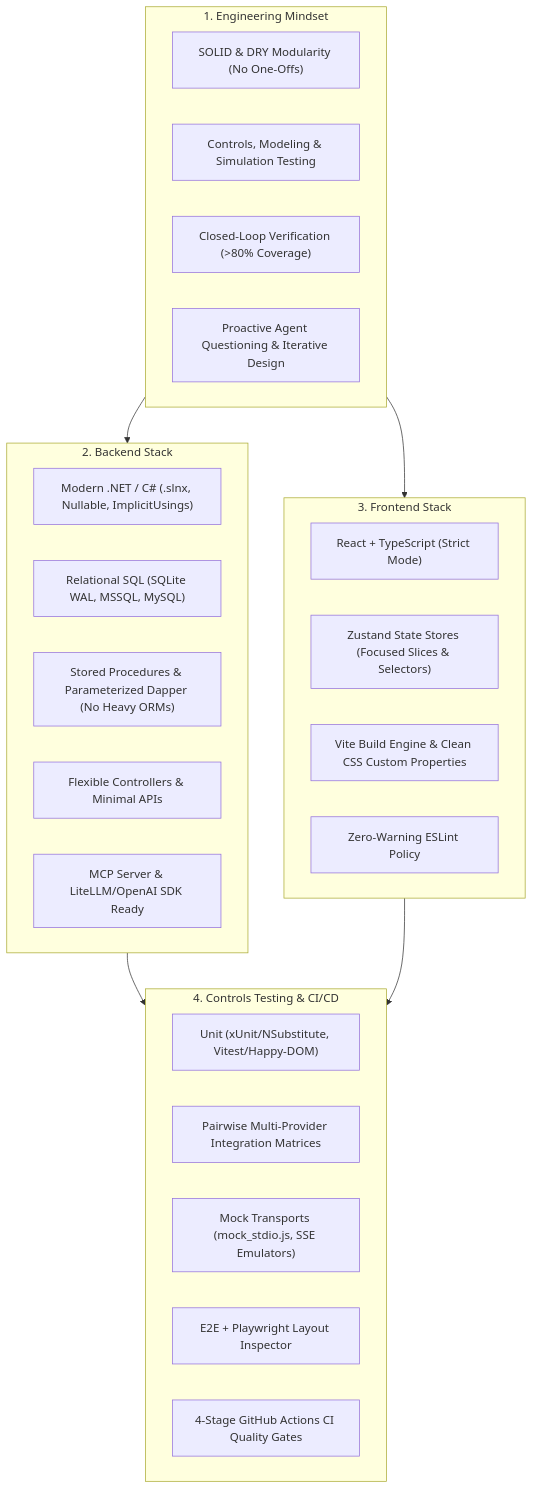
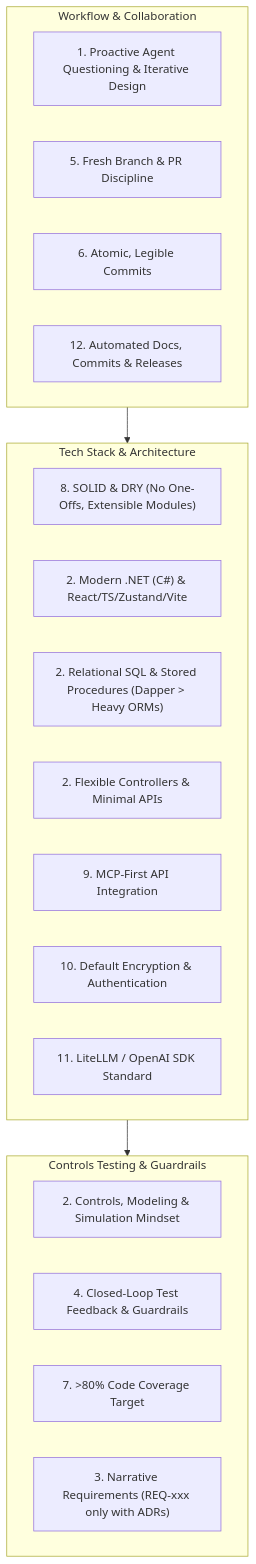
Before and after one commit to spelech/AgenticEngineeringToolbelt: the diagram in README.md, drawn with Mermaid. The commit also changed other lines of this file, not shown here.

Commit message:
docs(readme): enumerate all 12 core engineering tenets and architectural standards

````diff
--- a/README.md
+++ b/README.md
@@ -14,35 +14,28 @@
 ```mermaid
 flowchart TD
-    subgraph Mindset["1. Engineering Mindset"]
-        M1["SOLID & DRY Modularity (No One-Offs)"]
-        M2["Controls, Modeling & Simulation Testing"]
-        M3["Closed-Loop Verification (>80% Coverage)"]
-        M4["Proactive Agent Questioning & Iterative Design"]
+    subgraph Workflow["Workflow & Collaboration"]
+        T1["1. Proactive Agent Questioning & Iterative Design"]
+        T5["5. Fresh Branch & PR Discipline"]
+        T6["6. Atomic, Legible Commits"]
+        T12["12. Automated Docs, Commits & Releases"]
     end
 
-    subgraph Backend["2. Backend Stack"]
-        B1["Modern .NET / C# (.slnx, Nullable, ImplicitUsings)"]
-        B2["Relational SQL (SQLite WAL, MSSQL, MySQL)"]
-        B3["Stored Procedures & Parameterized Dapper (No Heavy ORMs)"]
-        B4["Flexible Controllers & Minimal APIs"]
-        B5["MCP Server & LiteLLM/OpenAI SDK Ready"]
+    subgraph Stack["Tech Stack & Architecture"]
+        T8["8. SOLID & DRY (No One-Offs, Extensible Modules)"]
+        T2_stack["2. Modern .NET (C#) & React/TS/Zustand/Vite"]
+        T2_db["2. Relational SQL & Stored Procedures (Dapper > Heavy ORMs)"]
+        T2_api["2. Flexible Controllers & Minimal APIs"]
+        T9["9. MCP-First API Integration"]
+        T10["10. Default Encryption & Authentication"]
+        T11["11. LiteLLM / OpenAI SDK Standard"]
     end
 
-    subgraph Frontend["3. Frontend Stack"]
-        F1["React + TypeScript (Strict Mode)"]
-        F2["Zustand State Stores (Focused Slices & Selectors)"]
-        F3["Vite Build Engine & Clean CSS Custom Properties"]
-        F4["Zero-Warning ESLint Policy"]
+    subgraph Testing["Controls Testing & Guardrails"]
+        T2_controls["2. Controls, Modeling & Simulation Mindset"]
+        T4["4. Closed-Loop Test Feedback & Guardrails"]
+        T7["7. >80% Code Coverage Target"]
+        T3["3. Narrative Requirements (REQ-xxx only with ADRs)"]
     end
 
-    subgraph Verification["4. Controls Testing & CI/CD"]
-        V1["Unit (xUnit/NSubstitute, Vitest/Happy-DOM)"]
-        V2["Pairwise Multi-Provider Integration Matrices"]
-        V3["Mock Transports (mock_stdio.js, SSE Emulators)"]
-        V4["E2E + Playwright Layout Inspector"]
-        V5["4-Stage GitHub Actions CI Quality Gates"]
-    end
-
-    Mindset --> Backend & Frontend
-    Backend & Frontend --> Verification
+    Workflow --> Stack --> Testing
 ```
````
